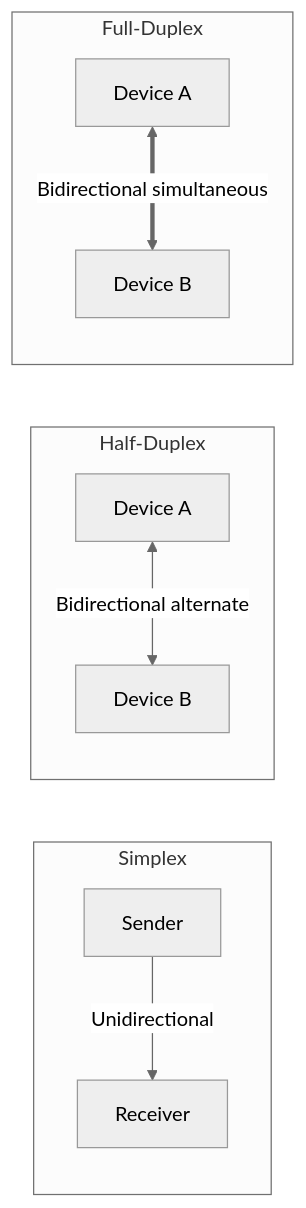
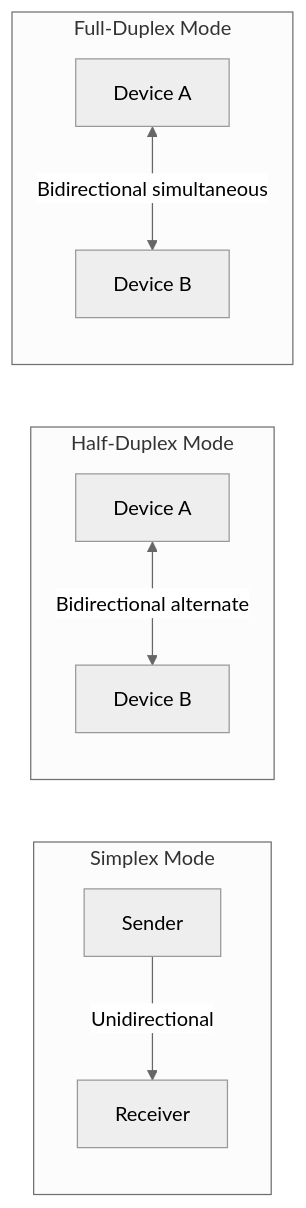
The diagram in notes/data_communication/DC_Chapter1_Notes.md (DeepLumiere/DeepSkills), drawn with Mermaid (neutral theme) before and after one commit. The commit also changed 56 other files, not shown here.

````diff
--- a/notes/data_communication/DC_Chapter1_Notes.md
+++ b/notes/data_communication/DC_Chapter1_Notes.md
@@ -111,23 +111,14 @@
 ```mermaid
-
 flowchart LR
-
-    subgraph "Simplex"
-
-    S1[Sender] -->|Unidirectional| R1[Receiver]
-
+    subgraph Simplex ["Simplex Mode"]
+        S1["Sender"] -->|Unidirectional| R1["Receiver"]
     end
 
-    subgraph "Half-Duplex"
-
-    S2["Device A"] <-->|Bidirectional alternate| R2["Device B"]
-
+    subgraph HalfDuplex ["Half-Duplex Mode"]
+        S2["Device A"] <-->|Bidirectional alternate| R2["Device B"]
     end
 
-    subgraph "Full-Duplex"
-
-    S3["Device A"] <==>|Bidirectional simultaneous| R3["Device B"]
-
+    subgraph FullDuplex ["Full-Duplex Mode"]
+        S3["Device A"] <-->|Bidirectional simultaneous| R3["Device B"]
     end
-
 ```
````
